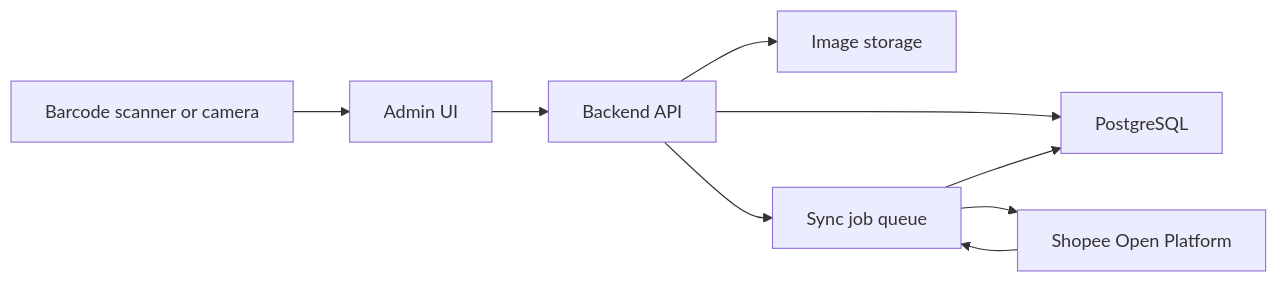
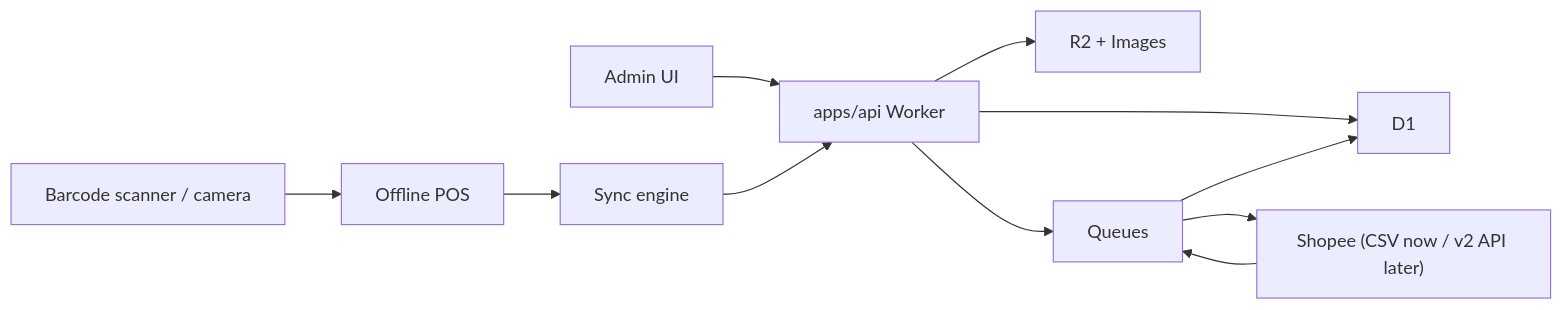
Before and after one commit to ladykirsah/Kira.office: the second of 3 diagrams in docs/ARCHITECTURE.md, drawn with Mermaid. The commit also changed other lines of this file and 51 other files, not shown here.

````diff
--- a/docs/ARCHITECTURE.md
+++ b/docs/ARCHITECTURE.md
@@ -32,11 +65,11 @@
 ```mermaid
 flowchart LR
-  Admin["Admin UI"] --> API["Backend API"]
-  Scanner["Barcode scanner or camera"] --> Admin
-  API --> DB["PostgreSQL"]
-  API --> Storage["Image storage"]
-  API --> Jobs["Sync job queue"]
-  Jobs --> Shopee["Shopee Open Platform"]
-  Shopee --> Jobs
-  Jobs --> DB
+  Admin["Admin UI"] --> API["apps/api Worker"]
+  POS["Offline POS"] --> Sync["Sync engine"] --> API
+  Scanner["Barcode scanner / camera"] --> POS
+  API --> DB["D1"]
+  API --> Storage["R2 + Images"]
+  API --> Jobs["Queues"]
+  Jobs --> Shopee["Shopee (CSV now / v2 API later)"]
+  Shopee --> Jobs --> DB
 ```
````
